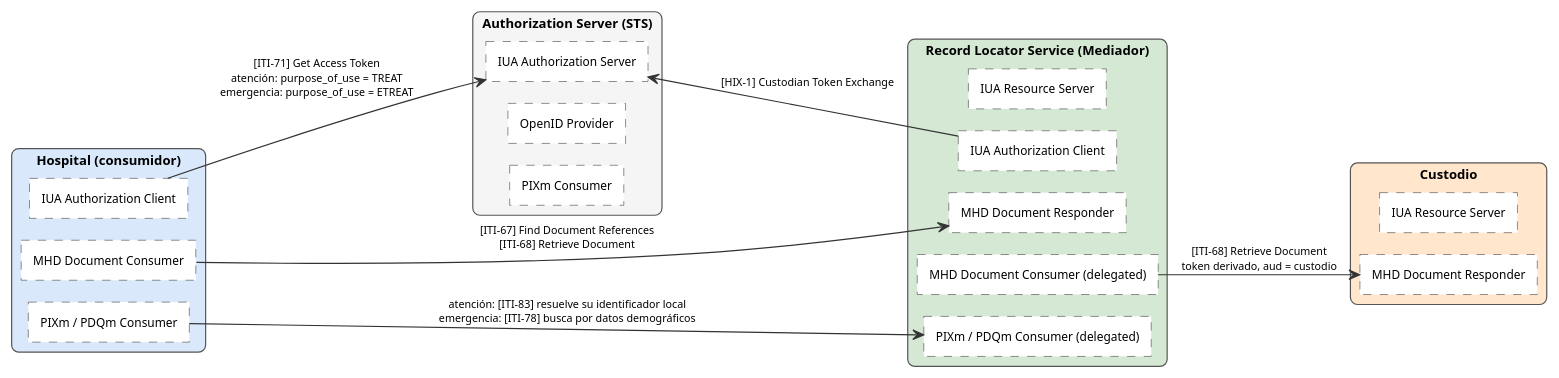
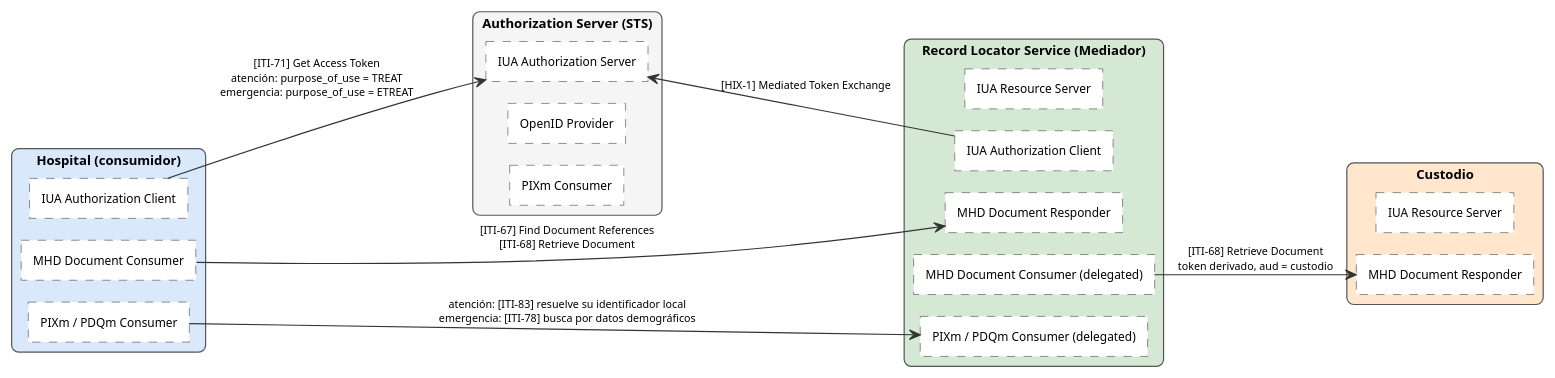
One commit to meddyg/HIX changed the diagram in _diagrams/hix-actores-hospital.plantuml. Above: the diagram before and after it, drawn with PlantUML. The commit also changed 8 other files, not shown here.

Commit message:
docs: rename HIX-1 to Mediated Token Exchange

```diff
--- a/_diagrams/hix-actores-hospital.plantuml
+++ b/_diagrams/hix-actores-hospital.plantuml
@@ -1,53 +1,53 @@
 @startuml hix-actores-hospital
 !pragma layout smetana
 hide stereotype
 skinparam shadowing false
 skinparam defaultFontName Verdana
 skinparam defaultFontSize 11
 skinparam nodesep 12
 skinparam ranksep 18
 skinparam rectangle {
   BorderColor #555555
   RoundCorner 12
   FontStyle bold
 }
 skinparam rectangle<<inner>> {
   BackgroundColor white
   BorderColor #444444
   BorderStyle dashed
   RoundCorner 0
   FontStyle plain
   FontSize 10
 }
 skinparam arrow {
   Color #333333
   FontSize 9
 }
 left to right direction
 rectangle "Hospital (consumidor)" as HOSP #DAE8FC {
   rectangle "IUA Authorization Client" <<inner>> as H1
   rectangle "MHD Document Consumer" <<inner>> as H2
   rectangle "PIXm / PDQm Consumer" <<inner>> as H3
 }
 rectangle "Authorization Server (STS)" as STS #F5F5F5 {
   rectangle "IUA Authorization Server" <<inner>> as STS1
   rectangle "OpenID Provider" <<inner>> as STS2
   rectangle "PIXm Consumer" <<inner>> as STS3
 }
 rectangle "Record Locator Service (Mediador)" as RLS #D5E8D4 {
   rectangle "IUA Resource Server" <<inner>> as RLS1
   rectangle "IUA Authorization Client" <<inner>> as RLS0
   rectangle "MHD Document Responder" <<inner>> as RLS2
   rectangle "MHD Document Consumer (delegated)" <<inner>> as RLS3
   rectangle "PIXm / PDQm Consumer (delegated)" <<inner>> as RLS4
 }
 rectangle "Custodio" as CUST #FFE6CC {
   rectangle "IUA Resource Server" <<inner>> as CUST1
   rectangle "MHD Document Responder" <<inner>> as CUST2
 }
 H1 --> STS1 : [ITI-71] Get Access Token\natención: purpose_of_use = TREAT\nemergencia: purpose_of_use = ETREAT
 H3 --> RLS4 : atención: [ITI-83] resuelve su identificador local\nemergencia: [ITI-78] busca por datos demográficos
 H2 --> RLS2 : [ITI-67] Find Document References\n[ITI-68] Retrieve Document
-STS1 <-- RLS0 : [HIX-1] Custodian Token Exchange
+STS1 <-- RLS0 : [HIX-1] Mediated Token Exchange
 RLS3 --> CUST2 : [ITI-68] Retrieve Document\ntoken derivado, aud = custodio
 @enduml
```
